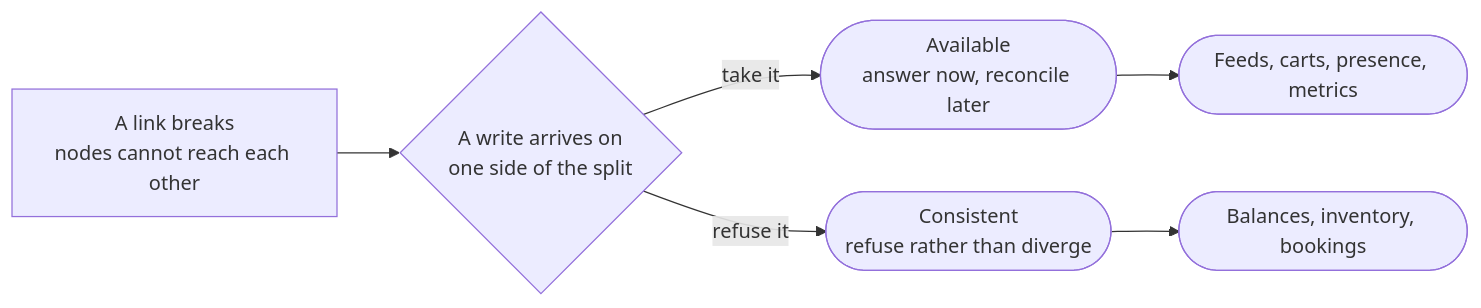
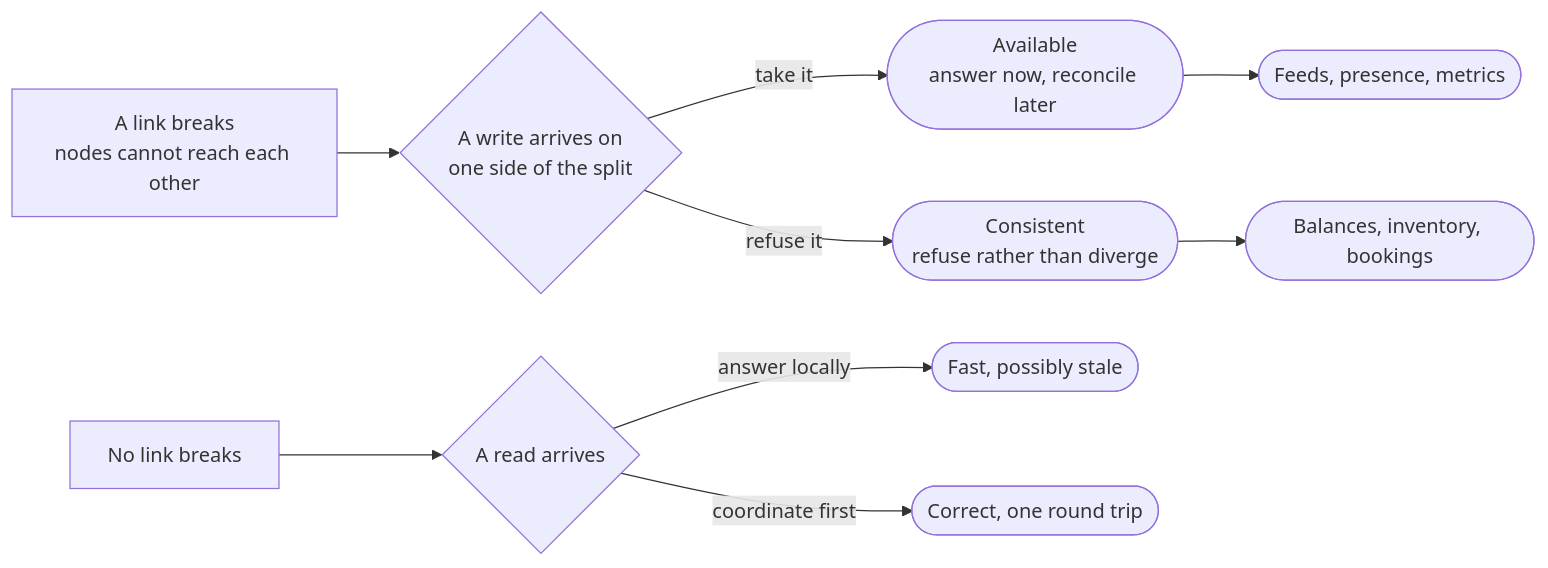
One commit to Laticent/lattice changed the sixth of 19 diagrams in examples/system-design-foundations.md. Above: the diagram before and after it, drawn with Mermaid. The commit also changed other lines of this file and 1 other file, not shown here.

````diff
--- a/examples/system-design-foundations.md
+++ b/examples/system-design-foundations.md
@@ -1013,8 +1013,11 @@
 ```mermaid
 flowchart LR
   N["A link breaks<br/>nodes cannot reach each other"] --> C{"A write arrives on<br/>one side of the split"}
   C -->|"take it"| AP(["Available<br/>answer now, reconcile later"])
   C -->|"refuse it"| CP(["Consistent<br/>refuse rather than diverge"])
-  AP --> APC(["Feeds, carts, presence, metrics"])
+  AP --> APC(["Feeds, presence, metrics"])
   CP --> CPC(["Balances, inventory, bookings"])
+  N2["No link breaks"] --> C2{"A read arrives"}
+  C2 -->|"answer locally"| L1(["Fast, possibly stale"])
+  C2 -->|"coordinate first"| L2(["Correct, one round trip"])
 ```
````
